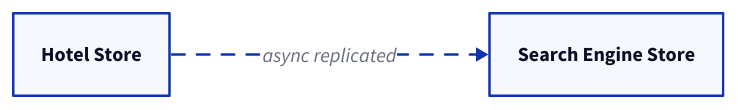
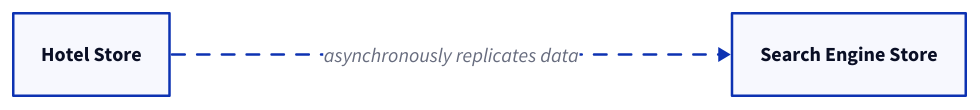
The sixth of 16 diagrams in content/practices/booking-system/_index.md (link1905/system-design-101), drawn with D2 before and after one commit. The commit also changed other lines of this file and 42 other files, not shown here.

````diff
--- a/content/practices/booking-system/_index.md
+++ b/content/practices/booking-system/_index.md
@@ -206,12 +207,12 @@
 ```d2
 direction: right
 c: Hotel Store {
   class: db
 }
 s: Search Engine Store {
   class: se
 }
-c -> s: async replicated {
+c -> s: asynchronously replicates data {
   style.animated: true
 }
 ```
````
